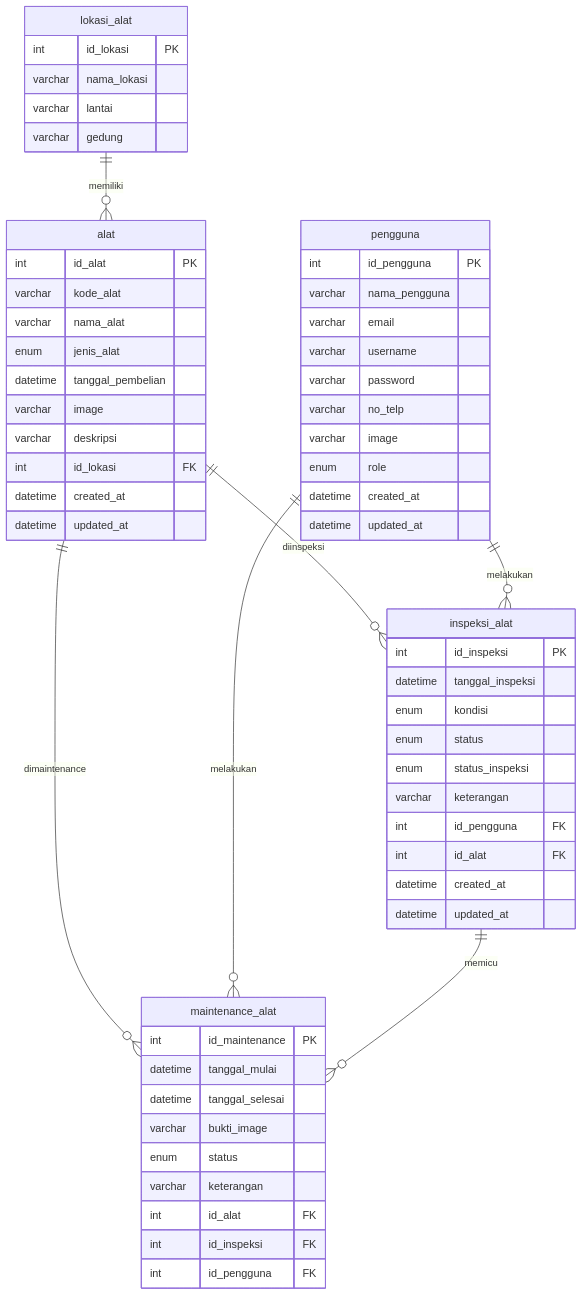
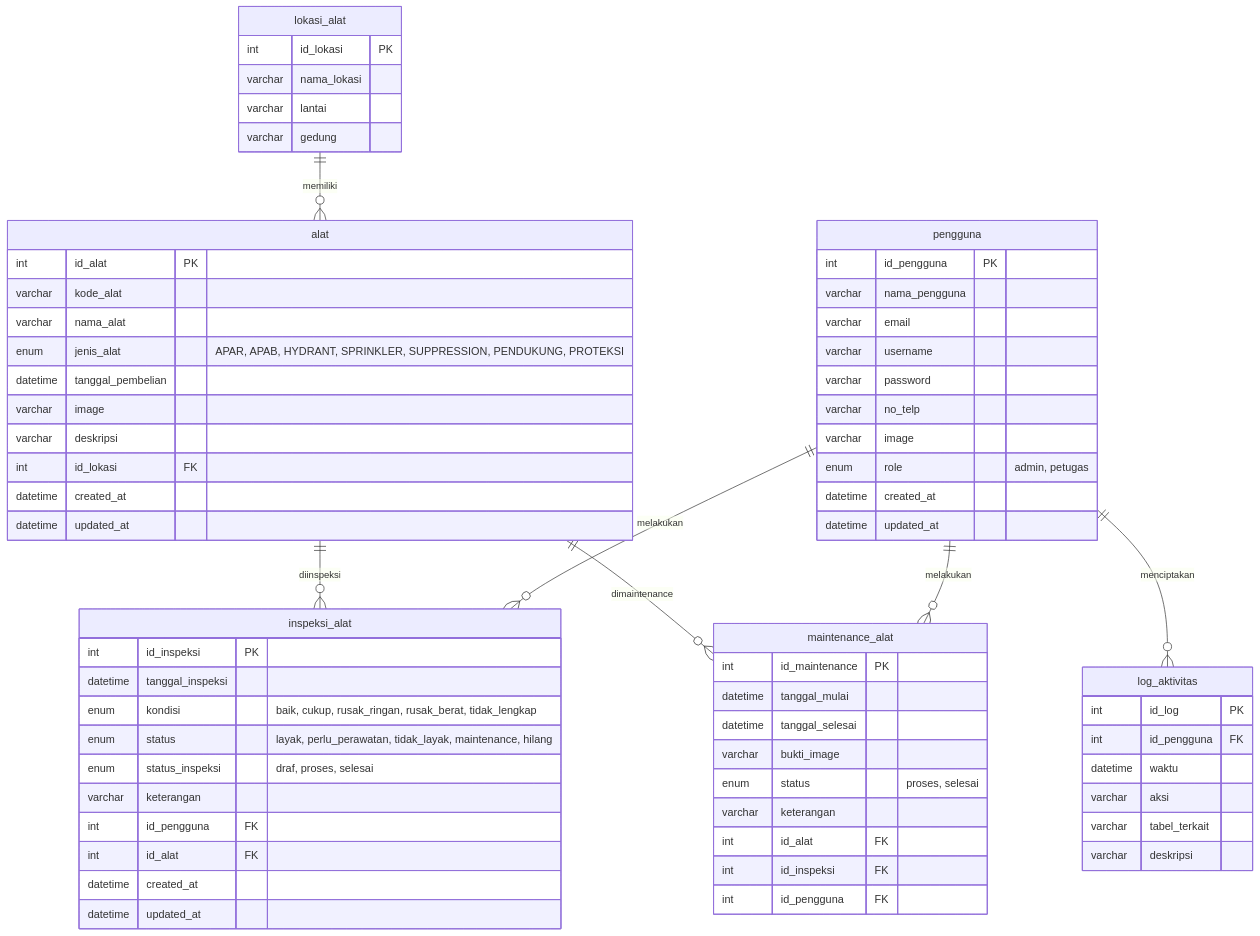
One commit to yurikofarhan/monitoring-alat-pemadam-kkp changed the diagram in README.md. Above: the diagram before and after it, drawn with Mermaid.

````diff
--- a/README.md
+++ b/README.md
@@ -7,68 +7,77 @@
 ```mermaid
 erDiagram
     alat ||--o{ inspeksi_alat : "diinspeksi"
     alat ||--o{ maintenance_alat : "dimaintenance"
     lokasi_alat ||--o{ alat : "memiliki"
     pengguna ||--o{ inspeksi_alat : "melakukan"
     pengguna ||--o{ maintenance_alat : "melakukan"
-    inspeksi_alat ||--o{ maintenance_alat : "memicu"
+    pengguna ||--o{ log_aktivitas : "menciptakan"
 
     alat {
         int id_alat PK
         varchar kode_alat
         varchar nama_alat
-        enum jenis_alat
+        enum jenis_alat "APAR, APAB, HYDRANT, SPRINKLER, SUPPRESSION, PENDUKUNG, PROTEKSI"
         datetime tanggal_pembelian
         varchar image
         varchar deskripsi
         int id_lokasi FK
         datetime created_at
         datetime updated_at
     }
 
     pengguna {
         int id_pengguna PK
         varchar nama_pengguna
         varchar email
         varchar username
         varchar password
         varchar no_telp
         varchar image
-        enum role
+        enum role "admin, petugas"
         datetime created_at
         datetime updated_at
     }
 
     lokasi_alat {
         int id_lokasi PK
         varchar nama_lokasi
         varchar lantai
         varchar gedung
     }
 
     inspeksi_alat {
         int id_inspeksi PK
         datetime tanggal_inspeksi
-        enum kondisi
-        enum status
-        enum status_inspeksi
+        enum kondisi "baik, cukup, rusak_ringan, rusak_berat, tidak_lengkap"
+        enum status "layak, perlu_perawatan, tidak_layak, maintenance, hilang"
+        enum status_inspeksi "draf, proses, selesai"
         varchar keterangan
         int id_pengguna FK
         int id_alat FK
         datetime created_at
         datetime updated_at
     }
 
     maintenance_alat {
         int id_maintenance PK
         datetime tanggal_mulai
         datetime tanggal_selesai
         varchar bukti_image
-        enum status
+        enum status "proses, selesai"
         varchar keterangan
         int id_alat FK
         int id_inspeksi FK
         int id_pengguna FK
     }
 
+    log_aktivitas {
+        int id_log PK
+        int id_pengguna FK
+        datetime waktu
+        varchar aksi
+        varchar tabel_terkait
+        varchar deskripsi
+    }
+
 ```
````
